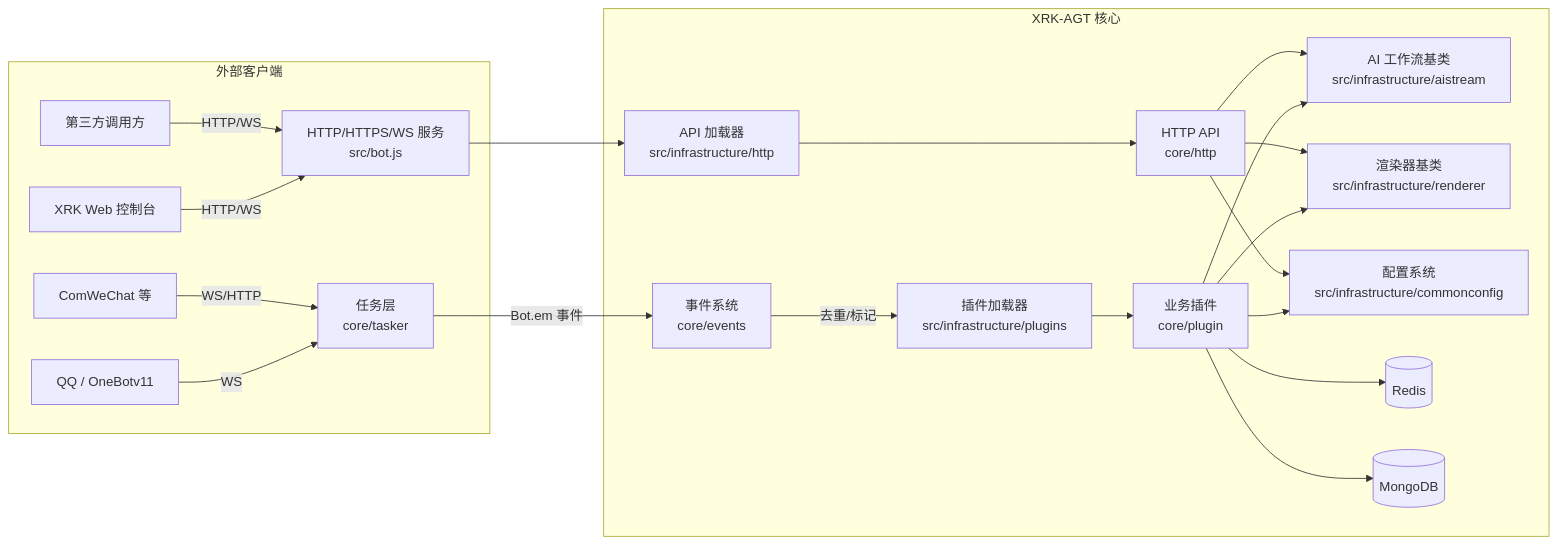
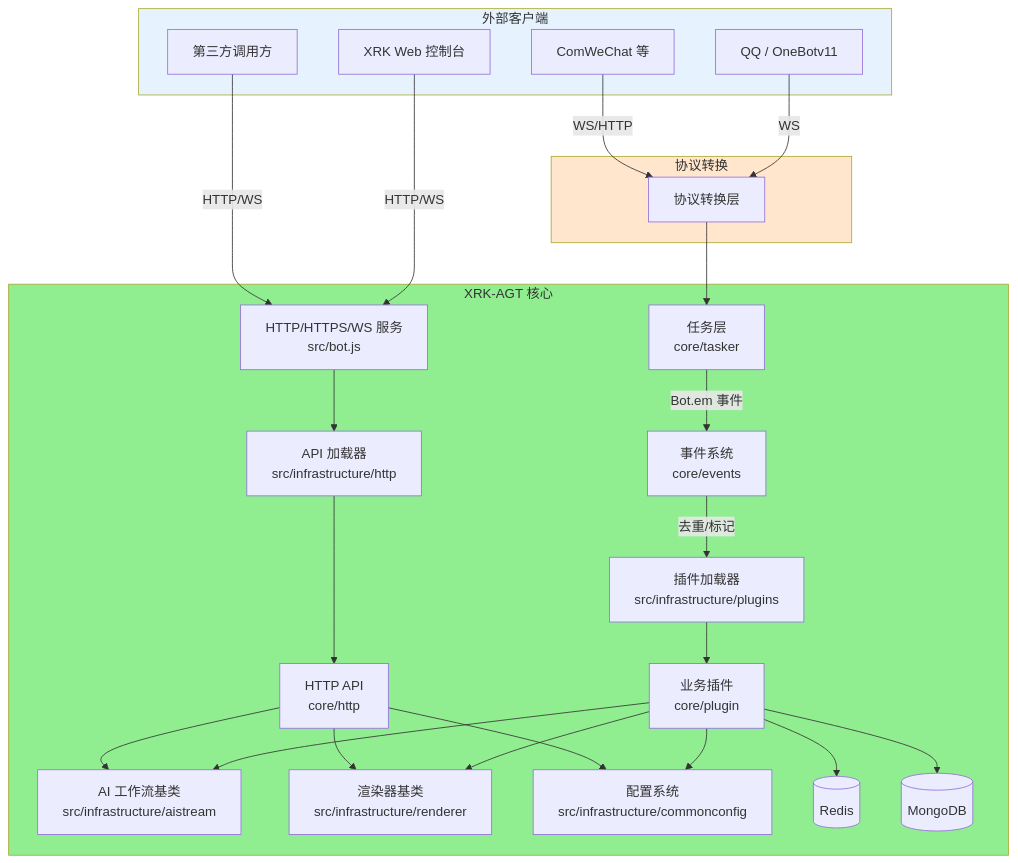
Before and after one commit to sunflowermm/XRK-AGT: the second of 4 diagrams in README.md, drawn with Mermaid. The commit also changed other lines of this file and 2 other files, not shown here.

````diff
--- a/README.md
+++ b/README.md
@@ -122,25 +150,52 @@
 ```mermaid
-flowchart LR
+flowchart TB
     subgraph Clients["外部客户端"]
-      QQ["QQ / OneBotv11"] -->|WS| Taskers
-      WeChat["ComWeChat 等"] -->|WS/HTTP| Taskers
-      WebUI["XRK Web 控制台"] -->|HTTP/WS| Express
-      ThirdAPI["第三方调用方"] -->|HTTP/WS| Express
+      QQ["QQ / OneBotv11"]
+      WeChat["ComWeChat 等"]
+      WebUI["XRK Web 控制台"]
+      ThirdAPI["第三方调用方"]
+    end
+
+    subgraph Protocol["协议转换"]
+      ProtocolConv["协议转换层"]
     end
 
     subgraph Core["XRK-AGT 核心"]
-      Taskers["任务层<br/>core/tasker"] -->|Bot.em 事件| EventSystem
-      EventSystem["事件系统<br/>core/events"] -->|去重/标记| PluginsLoader
-      Express["HTTP/HTTPS/WS 服务<br/>src/bot.js"] --> ApiLoader
-      ApiLoader["API 加载器<br/>src/infrastructure/http"] --> HttpApis
-      PluginsLoader["插件加载器<br/>src/infrastructure/plugins"] --> Plugins["业务插件<br/>core/plugin"]
-      Plugins --> AIStream["AI 工作流基类<br/>src/infrastructure/aistream"]
-      Plugins --> Renderer["渲染器基类<br/>src/infrastructure/renderer"]
-      Plugins --> Config["配置系统<br/>src/infrastructure/commonconfig"]
-      Plugins --> Redis[("Redis")]
-      Plugins --> MongoDB[("MongoDB")]
-      HttpApis["HTTP API<br/>core/http"] --> AIStream
-      HttpApis --> Renderer
-      HttpApis --> Config
+      Express["HTTP/HTTPS/WS 服务<br/>src/bot.js"]
+      Taskers["任务层<br/>core/tasker"]
+      EventSystem["事件系统<br/>core/events"]
+      PluginsLoader["插件加载器<br/>src/infrastructure/plugins"]
+      ApiLoader["API 加载器<br/>src/infrastructure/http"]
+      Plugins["业务插件<br/>core/plugin"]
+      HttpApis["HTTP API<br/>core/http"]
+      AIStream["AI 工作流基类<br/>src/infrastructure/aistream"]
+      Renderer["渲染器基类<br/>src/infrastructure/renderer"]
+      Config["配置系统<br/>src/infrastructure/commonconfig"]
+      Redis[("Redis")]
+      MongoDB[("MongoDB")]
     end
+
+    QQ -->|WS| ProtocolConv
+    WeChat -->|WS/HTTP| ProtocolConv
+    WebUI -->|HTTP/WS| Express
+    ThirdAPI -->|HTTP/WS| Express
+    
+    ProtocolConv --> Taskers
+    Taskers -->|Bot.em 事件| EventSystem
+    EventSystem -->|去重/标记| PluginsLoader
+    Express --> ApiLoader
+    ApiLoader --> HttpApis
+    PluginsLoader --> Plugins
+    Plugins --> AIStream
+    Plugins --> Renderer
+    Plugins --> Config
+    Plugins --> Redis
+    Plugins --> MongoDB
+    HttpApis --> AIStream
+    HttpApis --> Renderer
+    HttpApis --> Config
+    
+    style Clients fill:#E6F3FF
+    style Protocol fill:#FFE6CC
+    style Core fill:#90EE90
 ```
````
